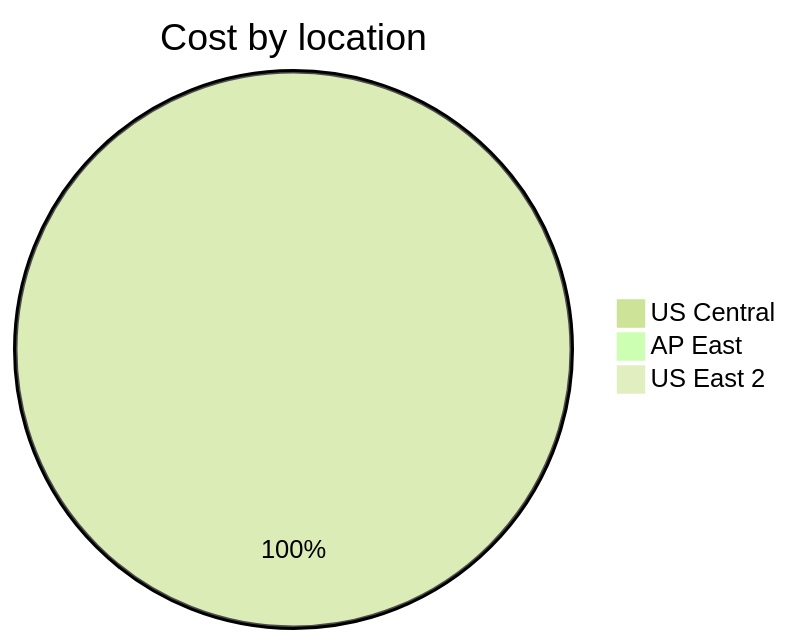
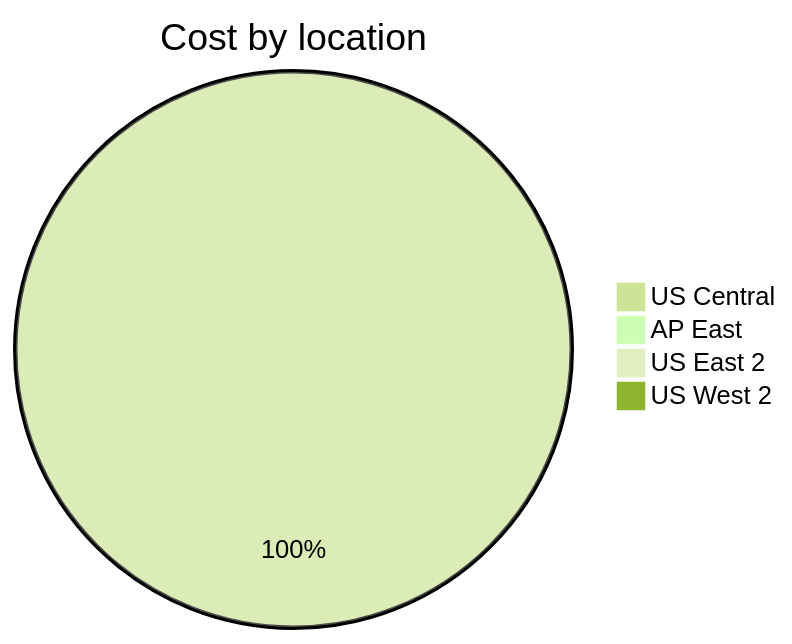
One commit to jpfulton/azure-personal-reports changed the third of 4 diagrams in cost-reports/personal-site/personal-site-preview.md. Above: the diagram before and after it, drawn with Mermaid (forest theme). The commit also changed other lines of this file and 6 other files, not shown here.

````diff
--- a/cost-reports/personal-site/personal-site-preview.md
+++ b/cost-reports/personal-site/personal-site-preview.md
@@ -109,7 +110,8 @@
 ```mermaid
 pie
    title Cost by location
-   "US Central" : 1.75
+   "US Central" : 2.05
    "AP East" : 0.00
    "US East 2" : 0.00
+   "US West 2" : 0.00
 ```
````
